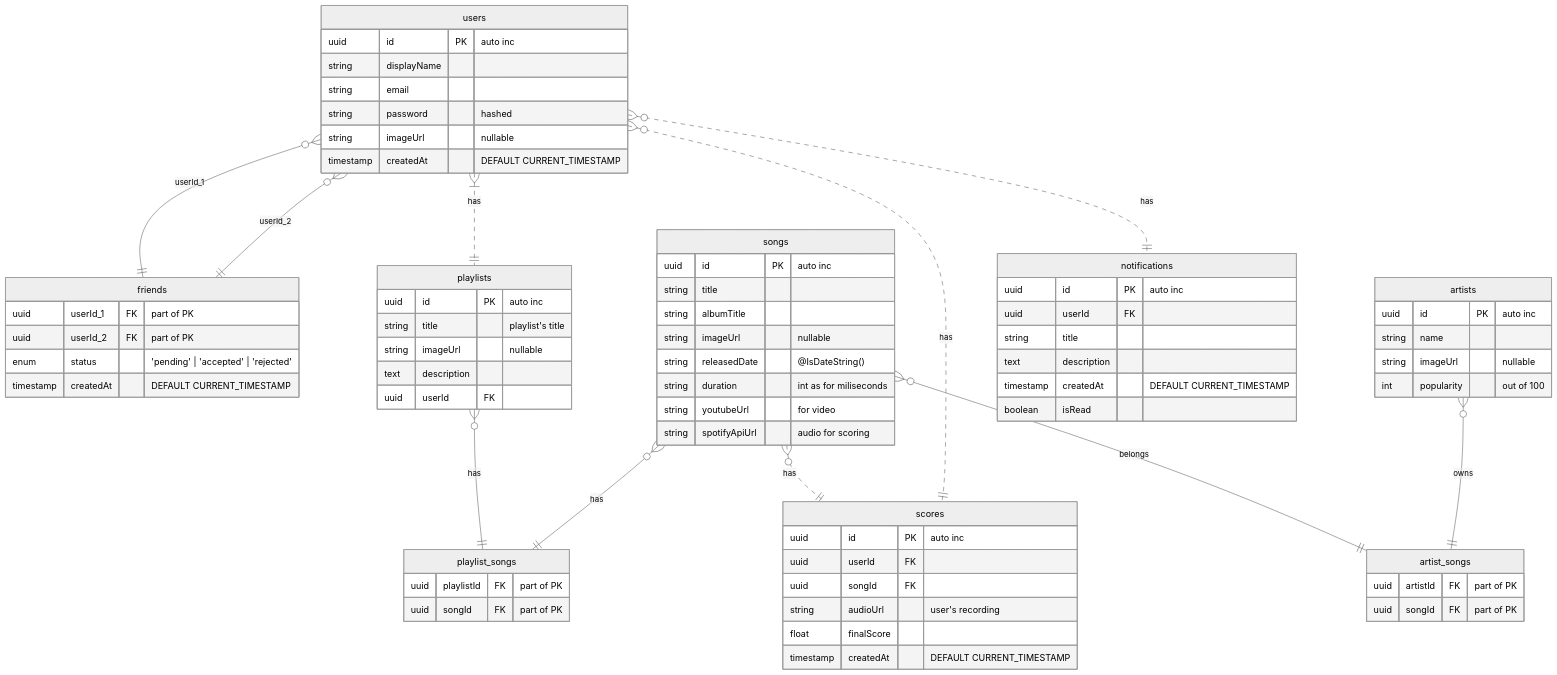
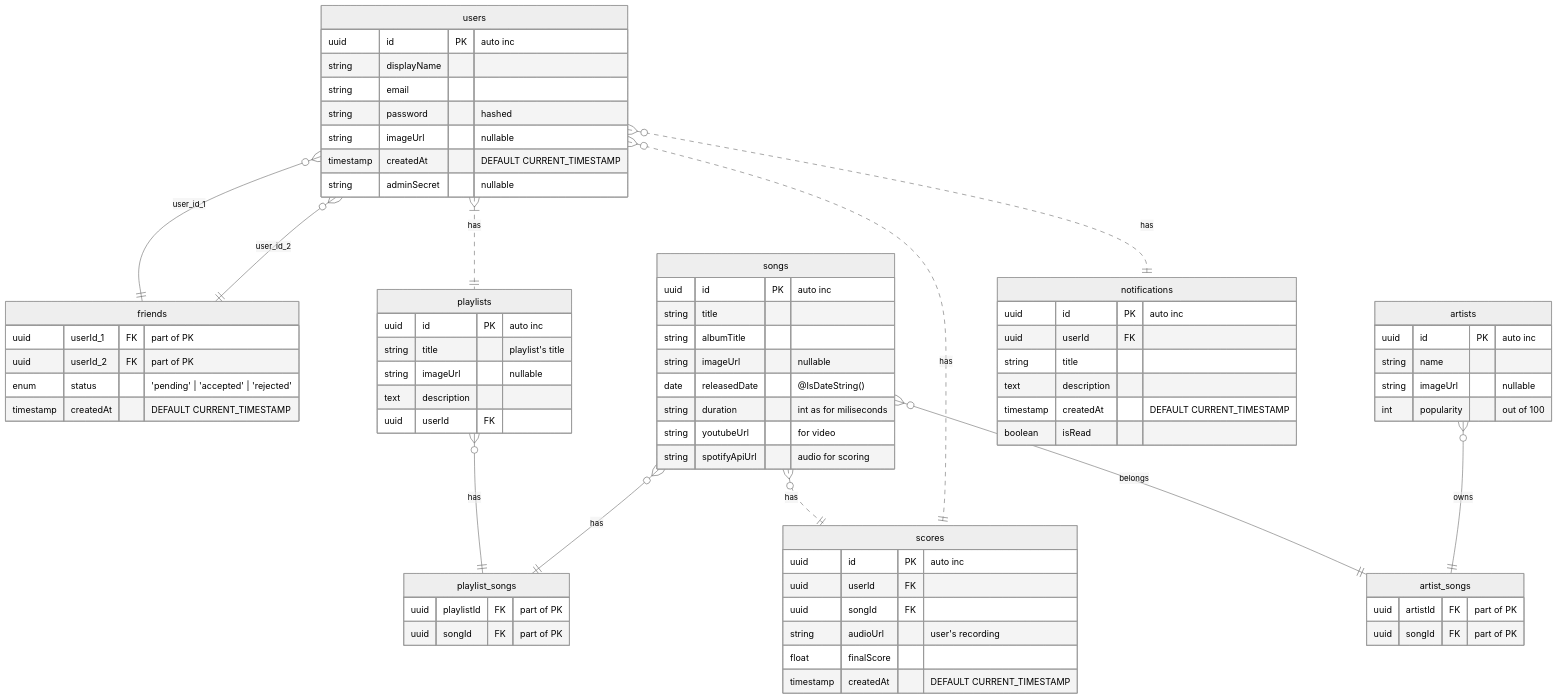
Before and after one commit to manoke-uit/.github: the first of 2 diagrams in README.md, drawn with Mermaid (neutral theme).

Commit message:
fix: add attributes

````diff
--- a/README.md
+++ b/README.md
@@ -2,76 +2,77 @@
 ``` mermaid
 erDiagram
     users {
         uuid id PK "auto inc"
         string displayName
         string email
         string password "hashed"
         string imageUrl "nullable"
         timestamp createdAt "DEFAULT CURRENT_TIMESTAMP"
+        string adminSecret "nullable"
     }
     friends {
         uuid userId_1 FK "part of PK"
         uuid userId_2 FK "part of PK"
         enum status "'pending' | 'accepted' | 'rejected'"
         timestamp createdAt "DEFAULT CURRENT_TIMESTAMP"
     }
     songs {
         uuid id PK "auto inc"
         string title
         string albumTitle
         string imageUrl "nullable"
-        string releasedDate "@IsDateString()"
+        date releasedDate "@IsDateString()"
         string duration "int as for miliseconds" 
         string youtubeUrl "for video"
         string spotifyApiUrl "audio for scoring"
     }
     playlists {
         uuid id PK "auto inc"
         string title "playlist's title"
         string imageUrl "nullable"
         text description
         uuid userId FK
     }
     playlist_songs {
         uuid playlistId FK "part of PK"
         uuid songId FK "part of PK"
     }
     artists {
         uuid id PK "auto inc"
         string name
         string imageUrl "nullable"
         int popularity "out of 100"
     }
     artist_songs {
         uuid artistId FK "part of PK"
         uuid songId FK "part of PK"
     }
     scores {
         uuid id PK "auto inc"
         uuid userId FK
         uuid songId FK
         string audioUrl "user's recording"
         float finalScore
         timestamp createdAt "DEFAULT CURRENT_TIMESTAMP"
     }
     notifications {
         uuid id PK "auto inc"
         uuid userId FK
         string title
         text description
         timestamp createdAt "DEFAULT CURRENT_TIMESTAMP"
         boolean isRead
     }
     
     songs }o--|| artist_songs: belongs
     users }o..|| notifications: has
-    users }o--|| friends: userId_1
-    users }o--|| friends: userId_2
+    users }o--|| friends: user_id_1
+    users }o--|| friends: user_id_2
     users }|..|| playlists: has
     songs }o..|| scores: has
     users }o..|| scores: has
     playlists }o--|| playlist_songs: has
     songs }o--|| playlist_songs: has
     artists }o--|| artist_songs: owns
     
 ```
````
